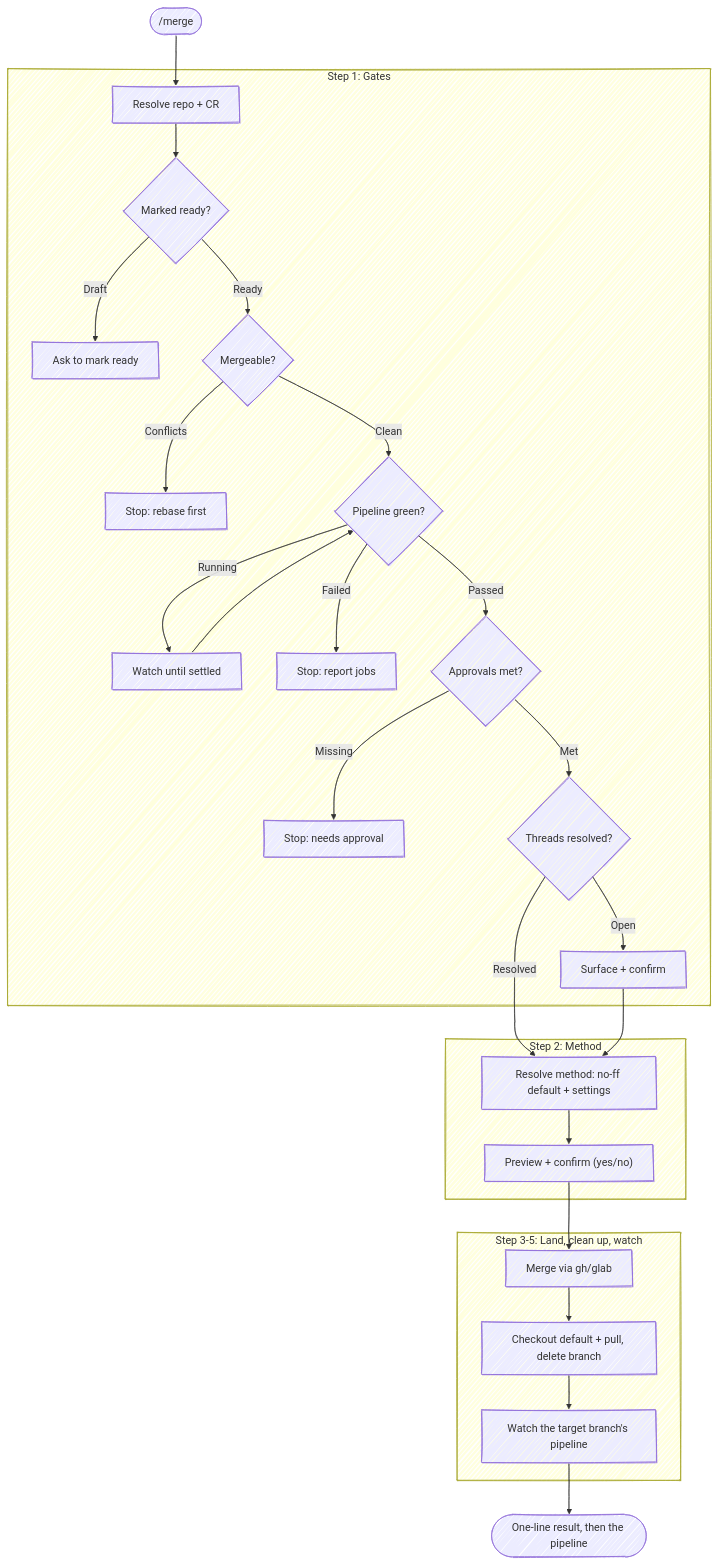
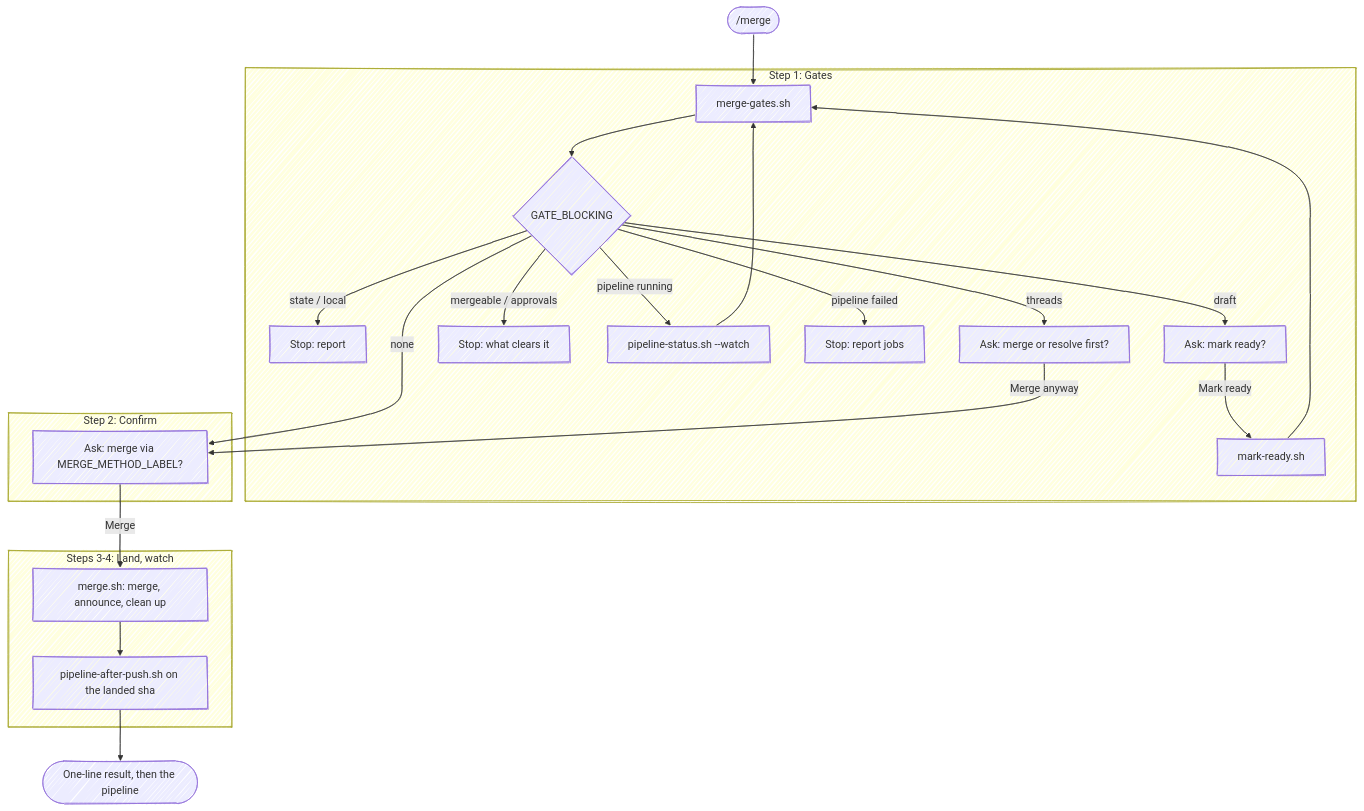
Before and after one commit to chris-peterson/anchor: the diagram in skills/merge/SKILL.md, drawn with Mermaid. The commit also changed other lines of this file and 8 other files, not shown here.

First line of the commit message:
Merge through two helpers, and ask with prompts

````diff
--- a/skills/merge/SKILL.md
+++ b/skills/merge/SKILL.md
@@ -39,34 +43,28 @@
 ```mermaid
 %%{ init: { 'look': 'handDrawn' } }%%
 flowchart TD
-    Start(["/merge"]) --> Repo["Resolve repo + CR"]
+    Start(["/merge"]) --> Gates["merge-gates.sh"]
 
     subgraph "Step 1: Gates"
-        Repo --> Ready{Marked ready?}
-        Ready -->|Draft| StopDraft["Ask to mark ready"]
-        Ready -->|Ready| Mergeable{Mergeable?}
-        Mergeable -->|Conflicts| StopConflict["Stop: rebase first"]
-        Mergeable -->|Clean| Pipe{Pipeline green?}
-        Pipe -->|Running| Watch["Watch until settled"]
-        Watch --> Pipe
-        Pipe -->|Failed| StopPipe["Stop: report jobs"]
-        Pipe -->|Passed| Appr{Approvals met?}
-        Appr -->|Missing| StopAppr["Stop: needs approval"]
-        Appr -->|Met| Threads{Threads resolved?}
-        Threads -->|Open| ConfirmThreads["Surface + confirm"]
+        Gates --> Block{GATE_BLOCKING}
+        Block -->|state / local| Stop["Stop: report"]
+        Block -->|draft| AskDraft["Ask: mark ready?"]
+        AskDraft -->|Mark ready| Ready["mark-ready.sh"] --> Gates
+        Block -->|mergeable / approvals| StopGate["Stop: what clears it"]
+        Block -->|pipeline running| Watch["pipeline-status.sh --watch"] --> Gates
+        Block -->|pipeline failed| StopPipe["Stop: report jobs"]
+        Block -->|threads| AskThreads["Ask: merge or resolve first?"]
     end
 
-    subgraph "Step 2: Method"
-        Threads -->|Resolved| Method["Resolve method: no-ff default + settings"]
-        ConfirmThreads --> Method
-        Method --> Ask["Preview + confirm (yes/no)"]
+    subgraph "Step 2: Confirm"
+        Block -->|none| Confirm["Ask: merge via MERGE_METHOD_LABEL?"]
+        AskThreads -->|Merge anyway| Confirm
     end
 
-    subgraph "Step 3-5: Land, clean up, watch"
-        Ask --> Do["Merge via gh/glab"]
-        Do --> Post["Checkout default + pull, delete branch"]
-        Post --> WatchMain["Watch the target branch's pipeline"]
+    subgraph "Steps 3-4: Land, watch"
+        Confirm -->|Merge| Do["merge.sh: merge, announce, clean up"]
+        Do --> WatchMain["pipeline-after-push.sh on the landed sha"]
     end
 
     WatchMain --> Report([One-line result, then the pipeline])
 ```
````
